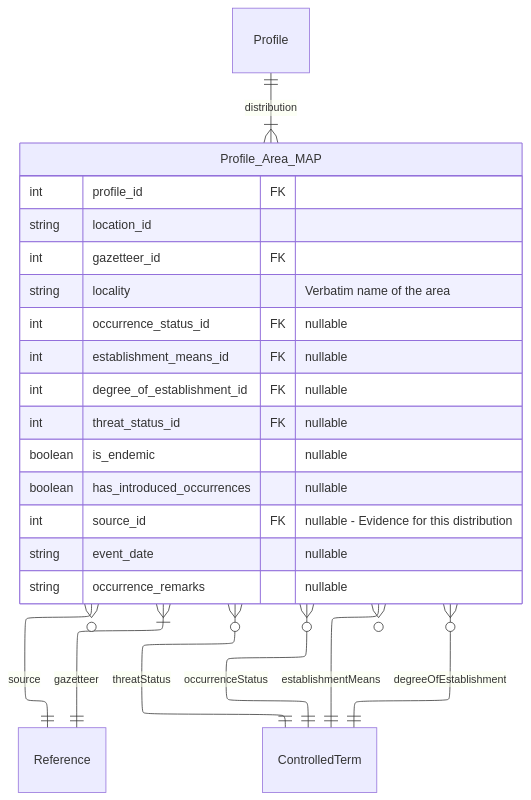
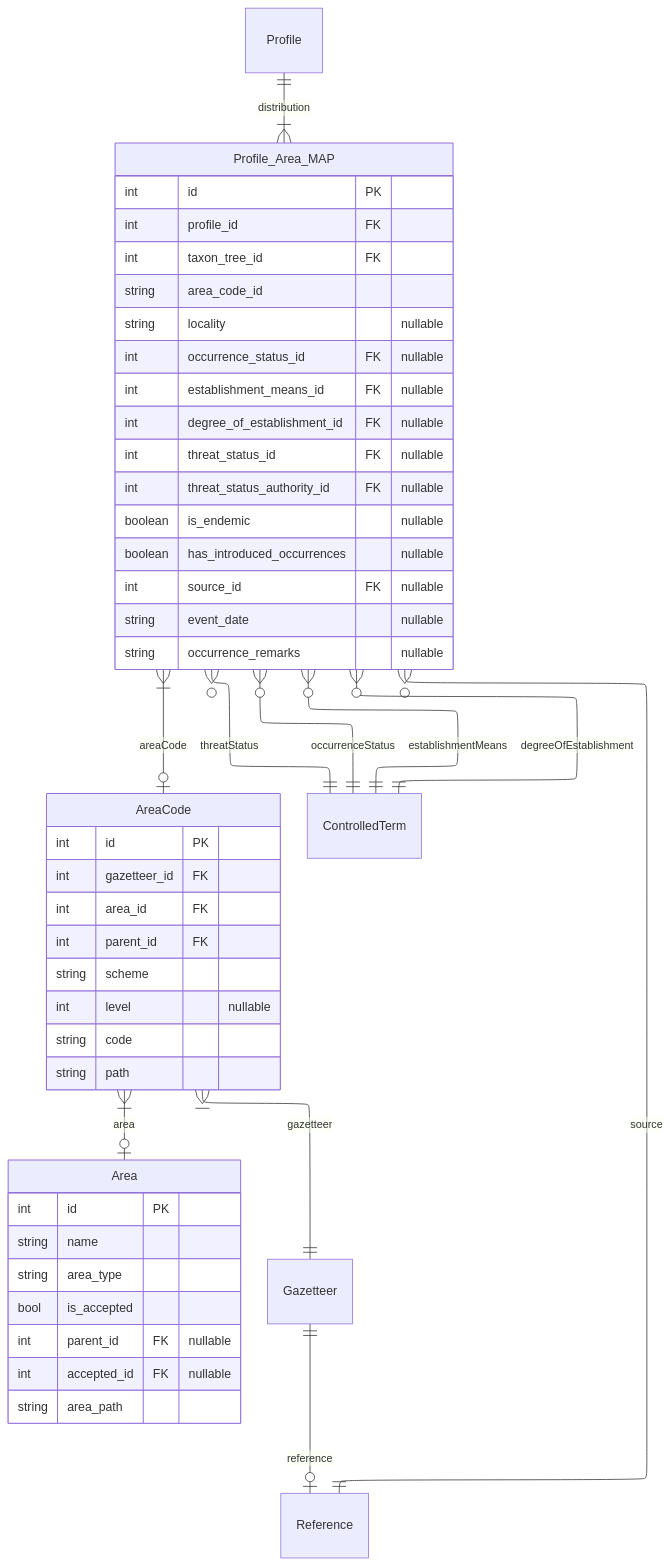
Before and after one commit to vicflora/vicflora-data-model-2026: diagram 13 of 19 in docs/layers.md, drawn with Mermaid. The commit also changed other lines of this file and 21 other files, not shown here.

Commit message:
normalise ProfileAreaMap

````diff
--- a/docs/layers.md
+++ b/docs/layers.md
@@ -578,30 +578,57 @@
 ```mermaid
 ---
 config:
   layout: elk
 ---
 erDiagram
-    Profile ||--|{ Profile_Area_MAP : "distribution" 
-    Profile_Area_MAP }|--|| Reference : "gazetteer"
-    Profile_Area_MAP }o--|| Reference : "source"
-    Profile_Area_MAP }o--|| ControlledTerm : "occurrenceStatus"
-    Profile_Area_MAP }o--|| ControlledTerm : "establishmentMeans"
-    Profile_Area_MAP }o--|| ControlledTerm : "degreeOfEstablishment"
-    Profile_Area_MAP }o--|| ControlledTerm : "threatStatus"
+  Profile ||--|{ Profile_Area_MAP : "distribution"
+  Profile_Area_MAP }|--o| AreaCode : "areaCode"
+  AreaCode }|--o| Area : area
+  AreaCode }|--|| Gazetteer : "gazetteer"
+  Gazetteer ||--o| Reference : reference
+  Profile_Area_MAP }o--|| Reference : "source"
+  Profile_Area_MAP }o--|| ControlledTerm : "occurrenceStatus"
+  Profile_Area_MAP }o--|| ControlledTerm : "establishmentMeans"
+  Profile_Area_MAP }o--|| ControlledTerm : "degreeOfEstablishment"
+  Profile_Area_MAP }o--|| ControlledTerm : "threatStatus"
 
-    Profile_Area_MAP {
-        int profile_id FK
-        string location_id 
-        int gazetteer_id FK 
-        string locality "Verbatim name of the area"
-        int occurrence_status_id FK "nullable"
-        int establishment_means_id FK "nullable"
-        int degree_of_establishment_id FK "nullable"
-        int threat_status_id FK "nullable"
-        boolean is_endemic "nullable"
-        boolean has_introduced_occurrences "nullable"
-        int source_id FK "nullable - Evidence for this distribution"
-        string event_date "nullable"
-        string occurrence_remarks "nullable"
-    }
+  Profile_Area_MAP {
+    int id PK
+    int profile_id FK
+    int taxon_tree_id FK
+    string area_code_id 
+    string locality "nullable"
+    int occurrence_status_id FK "nullable"
+    int establishment_means_id FK "nullable"
+    int degree_of_establishment_id FK "nullable"
+    int threat_status_id FK "nullable"
+    int threat_status_authority_id FK "nullable"
+    boolean is_endemic "nullable"
+    boolean has_introduced_occurrences "nullable"
+    int source_id FK "nullable"
+    string event_date "nullable"
+    string occurrence_remarks "nullable"
+  }
+
+  AreaCode {
+    int id PK
+    int gazetteer_id FK
+    int area_id FK
+    int parent_id FK
+    string scheme
+    int level "nullable"
+    string code
+    string path    
+  }
+
+  Area {
+    int id PK
+    string name
+    string area_type
+    bool is_accepted
+    int parent_id FK "nullable"
+    int accepted_id FK "nullable"
+    string area_path
+  }
+
 ```
````
